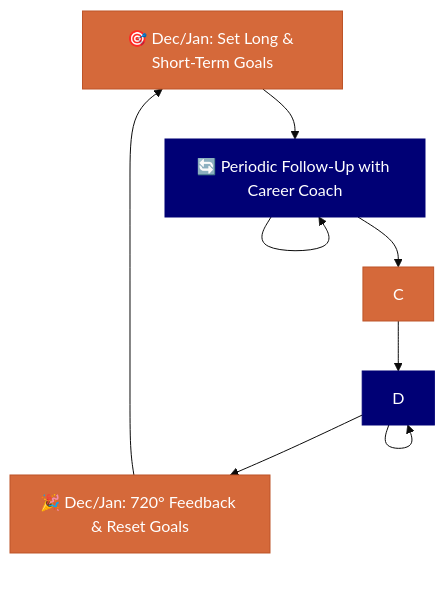
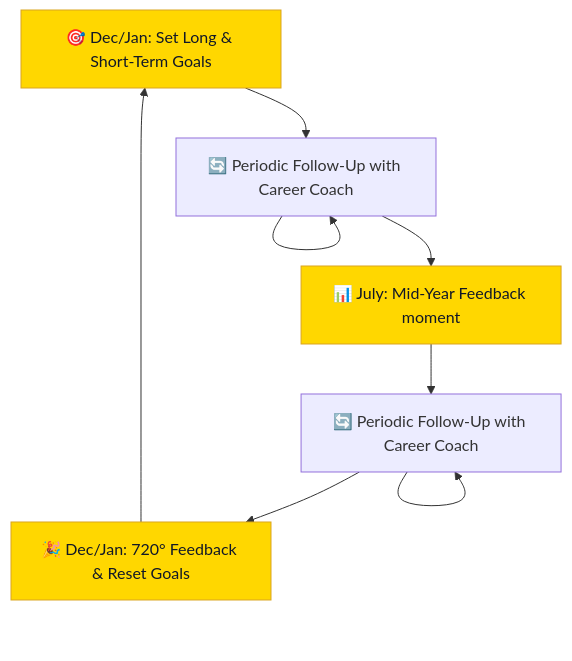
Before and after one commit to PlainsightPro/Vision-Playbook: the diagram in docs/people-ops/working/evolution-process.md, drawn with Mermaid. The commit also changed other lines of this file and 62 other files, not shown here.

````diff
--- a/docs/people-ops/working/evolution-process.md
+++ b/docs/people-ops/working/evolution-process.md
@@ -9,17 +13,17 @@
 ```mermaid
-%%{init: { "theme": "base", "themeVariables": { "primaryTextColor": "#FFFFFF" } } }%%
+%%{init: { "flowchart": { "useMaxWidth": true } } }%%
 graph TD;
-    A[🎯 Dec/Jan: Set Long & Short-Term Goals]
-    B[🔄 Periodic Follow-Up with Career Coach]
+    A[🎯 Dec/Jan: Set Long & Short-Term Goals]
+    B[🔄 Periodic Follow-Up with Career Coach]
+    C[📊 July: Mid-Year Feedback moment]
+    D[🔄 Periodic Follow-Up with Career Coach]
     E[🎉 Dec/Jan: 720° Feedback & Reset Goals]
 
     A --> B --> C --> D --> E --> A
     B --> B
     D --> D
 
-    classDef orangeBox fill:#D5693A,stroke:#BD5428,stroke-width:1px,color:#FFFFFF;
-    class A,C,D,E orangeBox;
+    classDef bronze fill:#FFD700,stroke:#DAA520,stroke-width:1px,color:#111827;
+    class A,C,E bronze;
 
-    classDef blueBox fill:#000075,stroke:#000075,stroke-width:1px,color:#FFFFFF;
-    class B,D blueBox;
 ```
````
